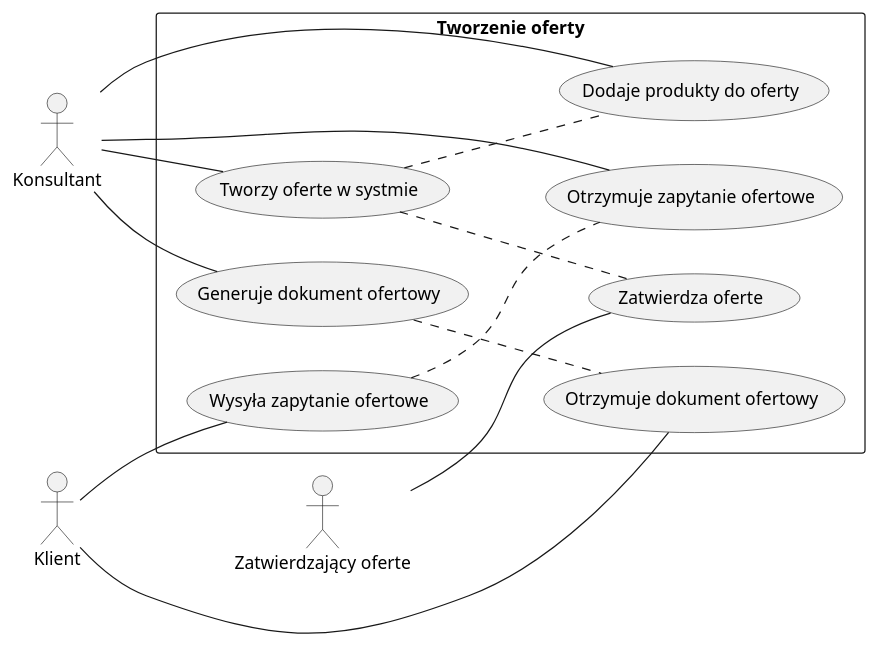
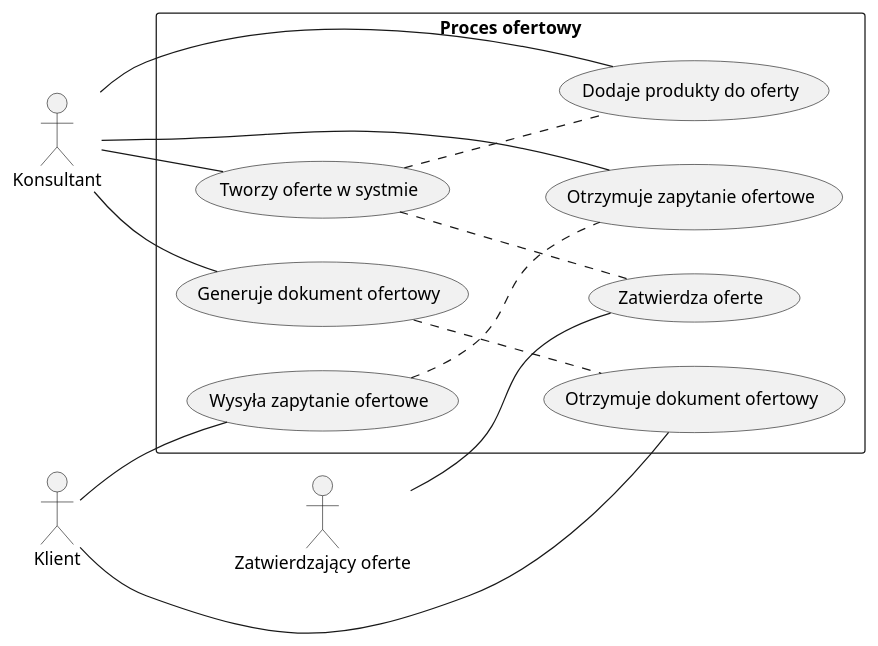
Before and after one commit to pixellos/Agh.5.Psi: the fourth of 14 diagrams in src/Projekt systemu.md, drawn with PlantUML. The commit also changed other lines of this file, not shown here.

````diff
--- a/src/Projekt systemu.md
+++ b/src/Projekt systemu.md
@@ -1072,23 +1072,23 @@
 ```plantuml 2.1.2.2
 @startuml
 left to right direction
 skinparam packageStyle rectangle
 actor Konsultant
 actor Klient
 actor :Zatwierdzający oferte:
-rectangle "Tworzenie oferty" {
+rectangle "Proces ofertowy" {
   :Zatwierdzający oferte: -- (Zatwierdza oferte)
   Klient -- (Wysyła zapytanie ofertowe)
   Konsultant -- (Otrzymuje zapytanie ofertowe)
   Konsultant -- (Tworzy oferte w systmie)
   Konsultant -- (Dodaje produkty do oferty)
   Konsultant -- (Generuje dokument ofertowy)
   Klient -- (Otrzymuje dokument ofertowy)
   (Tworzy oferte w systmie) .. (Dodaje produkty do oferty)
   (Tworzy oferte w systmie) .. (Zatwierdza oferte)
   (Generuje dokument ofertowy) .. (Otrzymuje dokument ofertowy)
   (Wysyła zapytanie ofertowe) ..  (Otrzymuje zapytanie ofertowe)
 
 }
 @enduml
 ```
````
